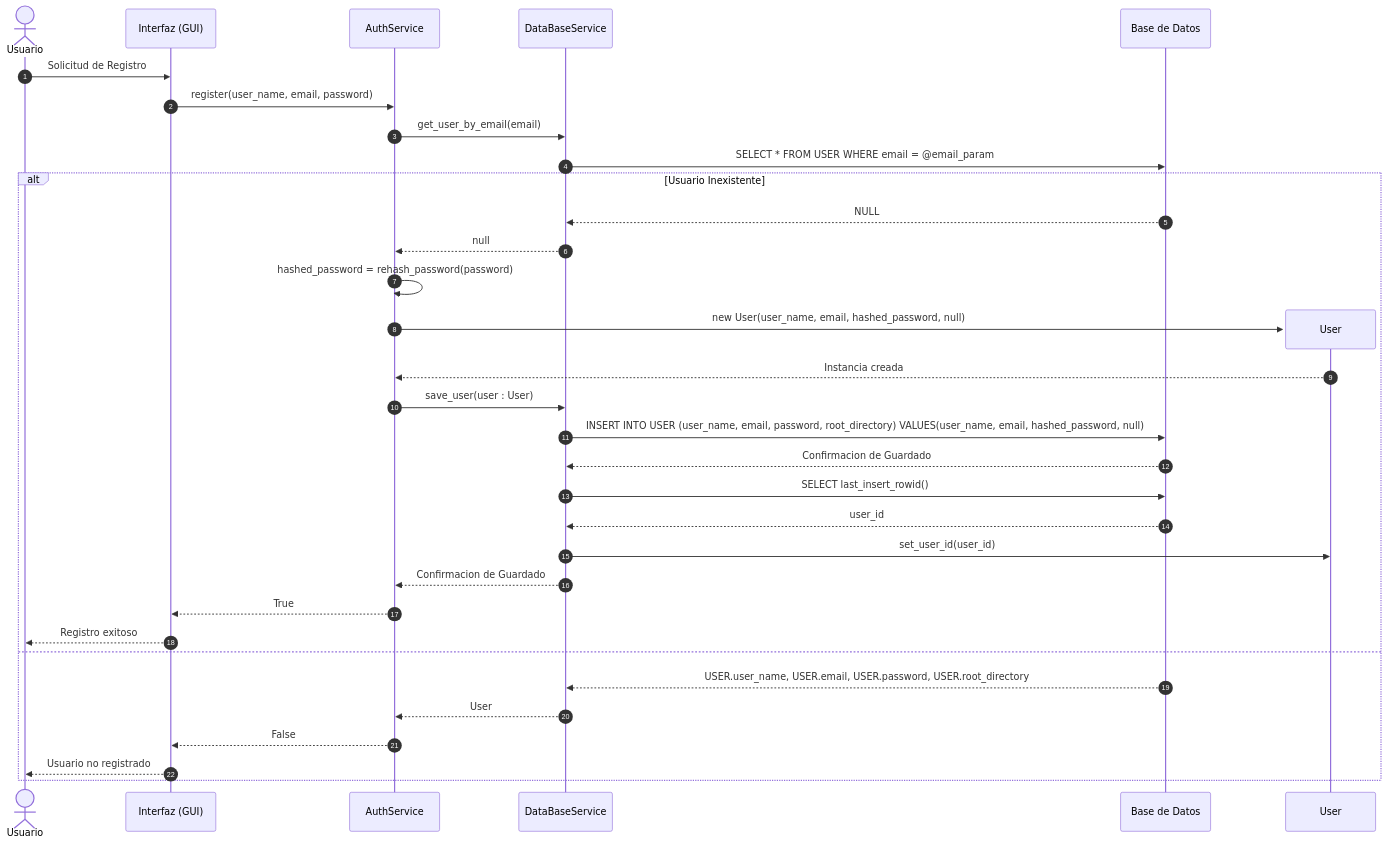
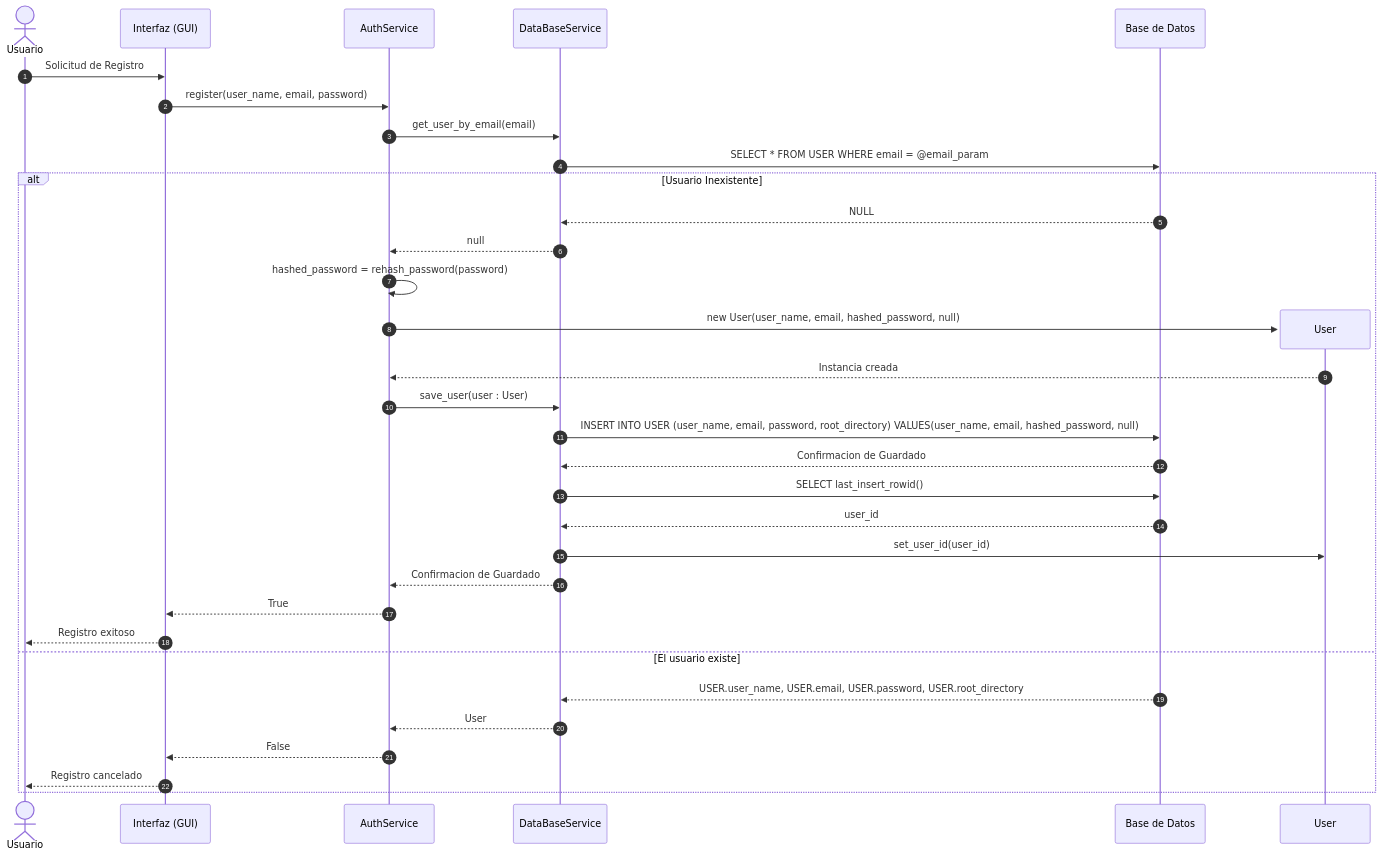
Before and after one commit to alegrelias/Repo-GMini: the second of 14 diagrams in Gmini-MarkDown/Diagramas/Diagramas de Secuencia.md, drawn with Mermaid.

Commit message:
Se agrega diagrama de secuencia

````diff
--- a/Gmini-MarkDown/Diagramas/Diagramas de Secuencia.md
+++ b/Gmini-MarkDown/Diagramas/Diagramas de Secuencia.md
@@ -38,41 +38,41 @@
 ```mermaid
 sequenceDiagram
 autonumber
 
 actor U as Usuario
 participant G as Interfaz (GUI)
 participant auth as AuthService
 
 
 U->>G: Solicitud de Registro
 G->>auth: register(user_name, email, password)
 
 
 participant dbs as DataBaseService
 participant db as Base de Datos
 
 auth->>dbs: get_user_by_email(email)
 dbs->>db: SELECT * FROM USER WHERE email = @email_param
 alt Usuario Inexistente
 	db-->>dbs: NULL
 	dbs-->>auth: null
 	auth->>auth: hashed_password = rehash_password(password)
 	create participant user as User
 	auth->>user: new User(user_name, email, hashed_password, null)
 	user-->>auth: Instancia creada
 	auth->>dbs: save_user(user : User)
 	dbs->>db: INSERT INTO USER (user_name, email, password, root_directory) VALUES(user_name, email, hashed_password, null)
 	db-->>dbs: Confirmacion de Guardado
 	dbs->>db: SELECT last_insert_rowid()
 	db-->>dbs: user_id
 	dbs->>user: set_user_id(user_id)
 	dbs-->>auth: Confirmacion de Guardado
 	auth-->>G: True
 	G-->>U: Registro exitoso
-else
+else El usuario existe
 	db-->>dbs: USER.user_name, USER.email, USER.password, USER.root_directory
 	dbs-->>auth: User
 	auth-->>G: False
-	G-->>U: Usuario no registrado
+	G-->>U: Registro cancelado
 end
 ```
````
